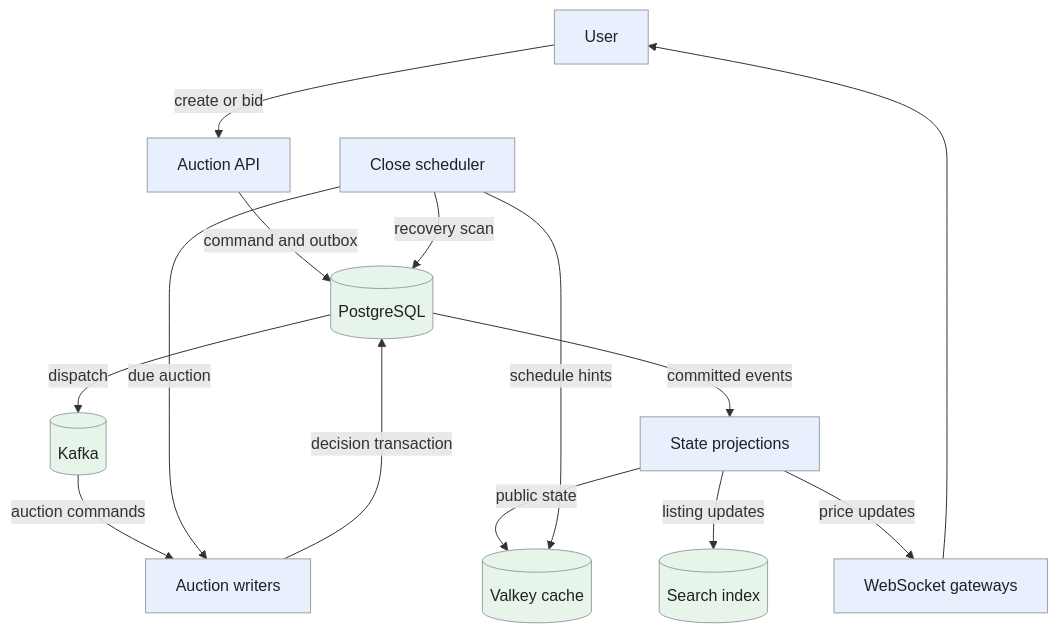
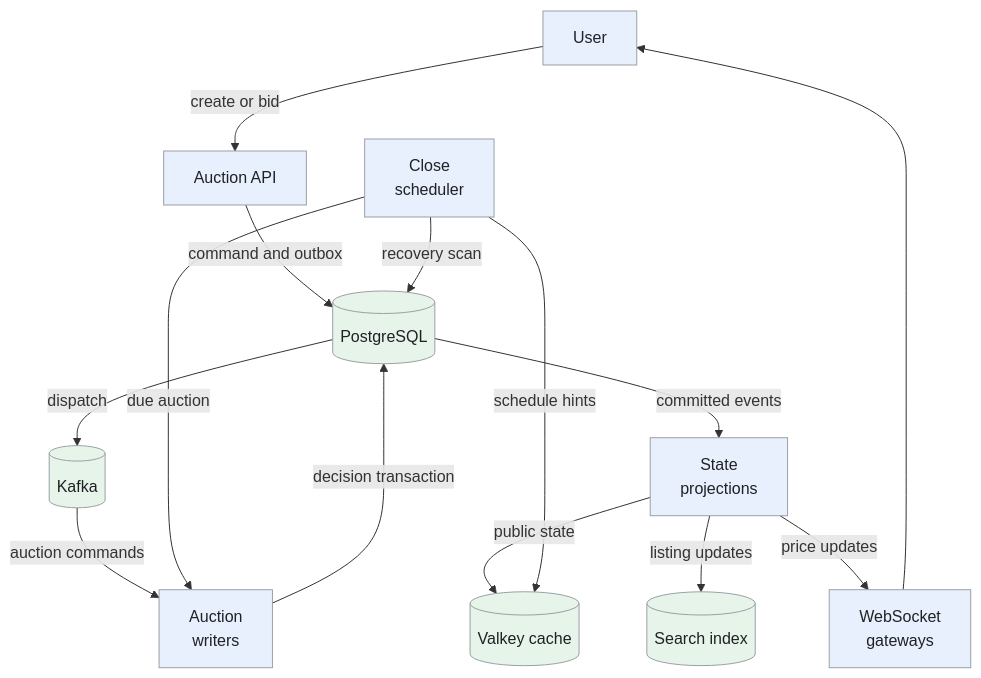
The first of 6 diagrams in _designs/online-auction.md (iliazlobin/iliazlobin.github.io), drawn with Mermaid before and after one commit. The commit also changed other lines of this file and 116 other files, not shown here.

````diff
--- a/_designs/online-auction.md
+++ b/_designs/online-auction.md
@@ -138,21 +138,21 @@
 ```mermaid
 flowchart TB
-  U[User] -->|create or bid| API[Auction API]
-  API -->|command and outbox| DB[(PostgreSQL)]
-  DB -->|dispatch| K[(Kafka)]
-  K -->|auction commands| W[Auction writers]
+  U["User"] -->|create or bid| API["Auction API"]
+  API -->|command and outbox| DB[("PostgreSQL")]
+  DB -->|dispatch| K[("Kafka")]
+  K -->|auction commands| W["Auction<br>writers"]
   W -->|decision transaction| DB
-  DB -->|committed events| F[State projections]
-  F -->|public state| C[(Valkey cache)]
-  F -->|listing updates| S[(Search index)]
-  F -->|price updates| G[WebSocket gateways]
+  DB -->|committed events| F["State<br>projections"]
+  F -->|public state| C[("Valkey cache")]
+  F -->|listing updates| S[("Search index")]
+  F -->|price updates| G["WebSocket<br>gateways"]
   G --> U
-  T[Close scheduler] -->|due auction| W
+  T["Close<br>scheduler"] -->|due auction| W
   T -->|schedule hints| C
   T -->|recovery scan| DB
   classDef request fill:#e8f0fe,stroke:#9aa0a6,color:#202124,stroke-width:1px
   classDef background fill:#e6f4ea,stroke:#9aa0a6,color:#202124,stroke-width:1px
   classDef control fill:#fef7e0,stroke:#9aa0a6,color:#202124,stroke-width:1px
   class U,API,W,F,G,T request
   class DB,K,C,S background
 ```
````
